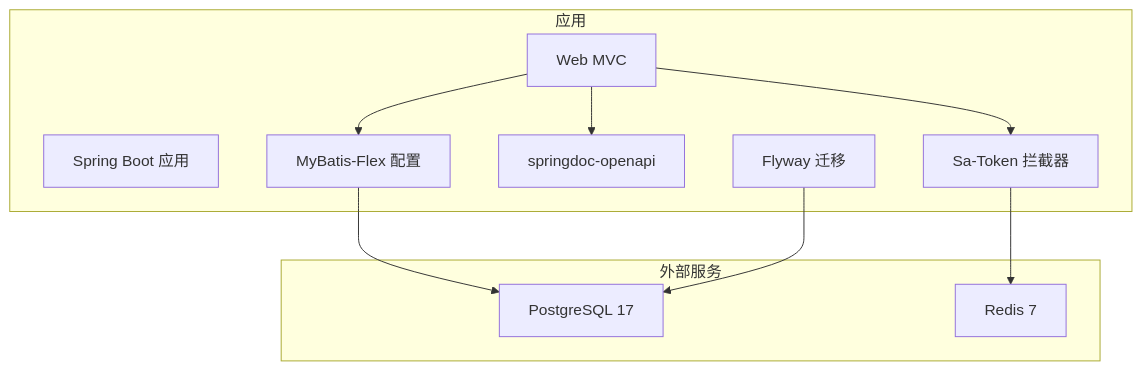
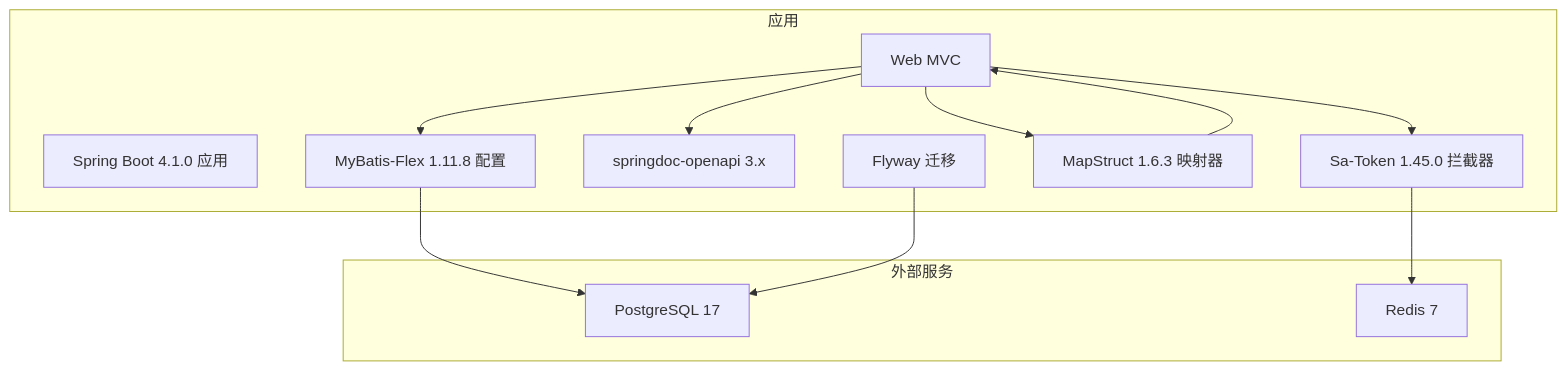
The second of 6 diagrams in .qoder/repowiki/zh/content/项目概述/技术栈概览.md (sunnaoxixi/spring-ddd-template), drawn with Mermaid before and after one commit. The commit also changed other lines of this file and 91 other files, not shown here.

````diff
--- a/.qoder/repowiki/zh/content/项目概述/技术栈概览.md
+++ b/.qoder/repowiki/zh/content/项目概述/技术栈概览.md
@@ -73,21 +89,24 @@
 ```mermaid
 graph TB
 subgraph "应用"
-APP["Spring Boot 应用"]
+APP["Spring Boot 4.1.0 应用"]
 WEB["Web MVC"]
-AUTH["Sa-Token 拦截器"]
-DOC["springdoc-openapi"]
-ORM["MyBatis-Flex 配置"]
+AUTH["Sa-Token 1.45.0 拦截器"]
+DOC["springdoc-openapi 3.x"]
+ORM["MyBatis-Flex 1.11.8 配置"]
+MAP["MapStruct 1.6.3 映射器"]
 MIG["Flyway 迁移"]
 end
 subgraph "外部服务"
 PG["PostgreSQL 17"]
 RD["Redis 7"]
 end
 WEB --> AUTH
 WEB --> DOC
 WEB --> ORM
+WEB --> MAP
 ORM --> PG
 MIG --> PG
 AUTH --> RD
+MAP --> WEB
 ```
````
